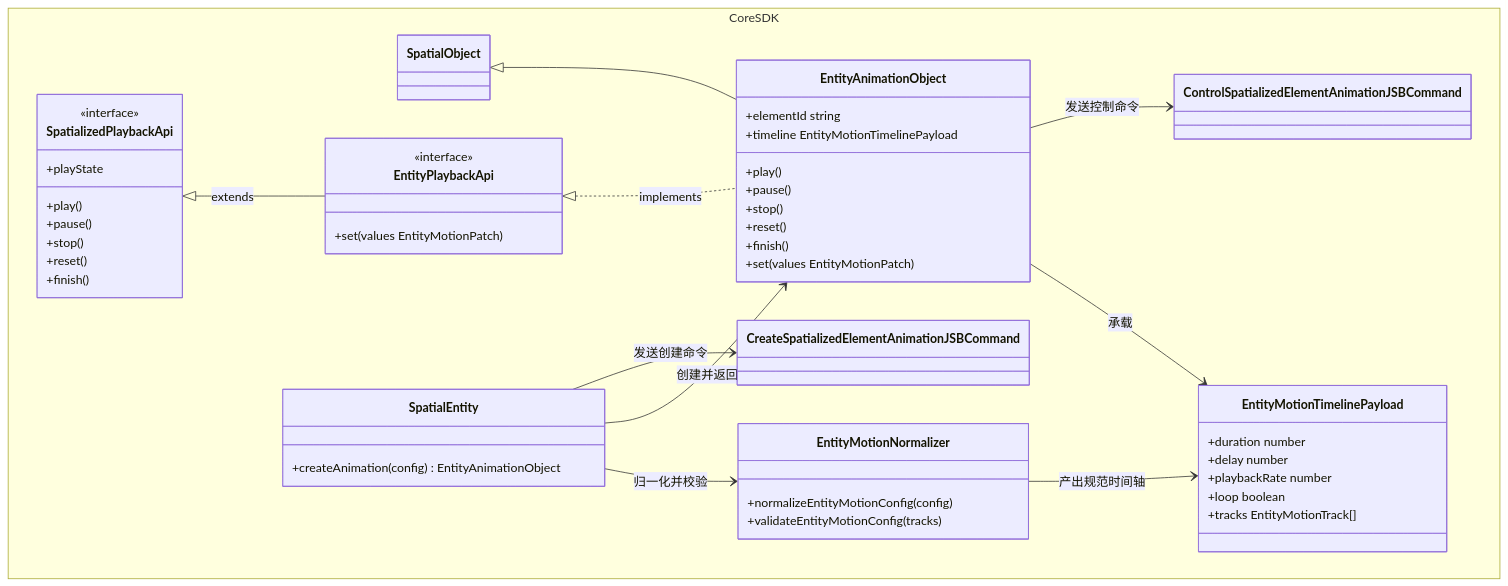
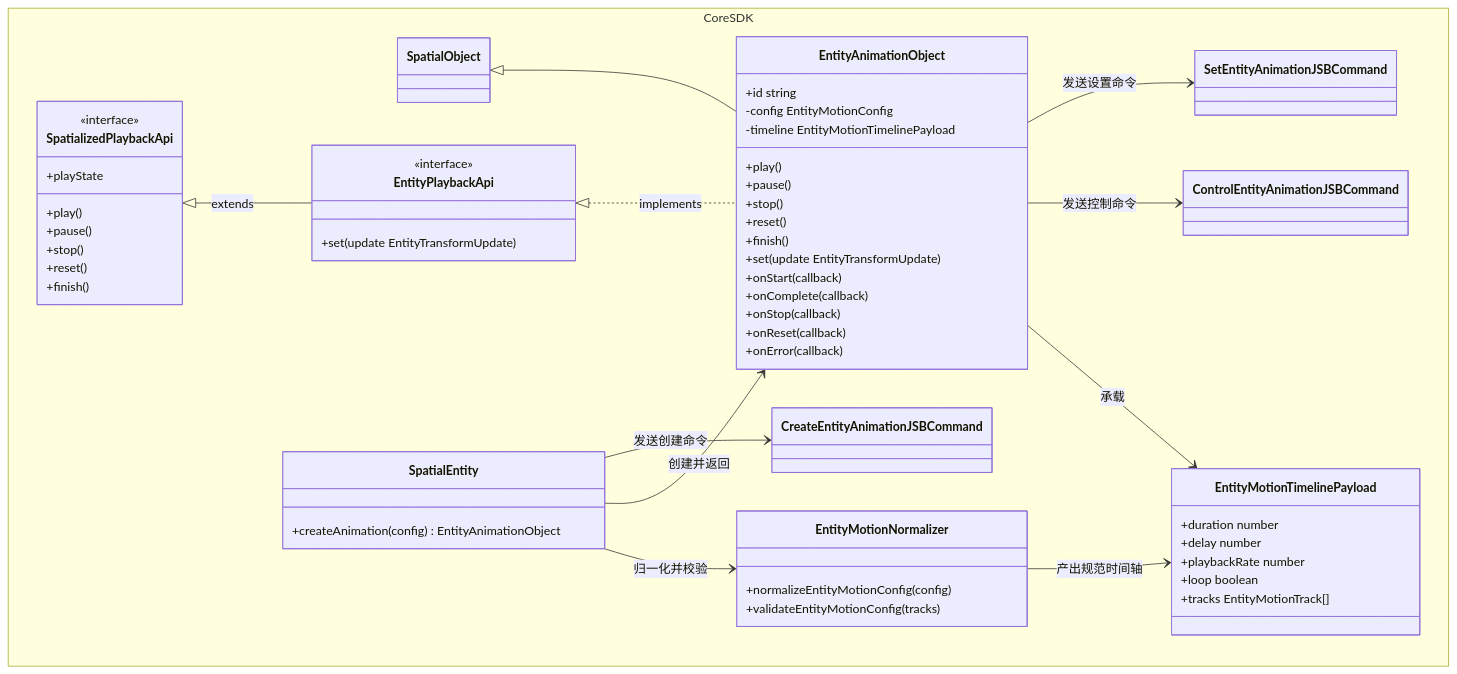
The sixth of 14 diagrams in openspec/changes/redesign-entity-motion-api/design.zh.md (webspatial/webspatial-sdk), drawn with Mermaid before and after one commit. The commit also changed other lines of this file and 7 other files, not shown here.

````diff
--- a/openspec/changes/redesign-entity-motion-api/design.zh.md
+++ b/openspec/changes/redesign-entity-motion-api/design.zh.md
@@ -500,54 +520,62 @@
 ```mermaid
 classDiagram
     namespace CoreSDK {
         class SpatialObject
         class SpatializedPlaybackApi {
             <<interface>>
             +play()
             +pause()
             +stop()
             +reset()
             +finish()
             +playState
         }
         class EntityPlaybackApi {
             <<interface>>
-            +set(values EntityMotionPatch)
+            +set(update EntityTransformUpdate)
         }
         class SpatialEntity {
             +createAnimation(config) EntityAnimationObject
         }
         class EntityMotionNormalizer {
             +normalizeEntityMotionConfig(config)
             +validateEntityMotionConfig(tracks)
         }
         class EntityMotionTimelinePayload {
             +duration number
             +delay number
             +playbackRate number
             +loop boolean
             +tracks EntityMotionTrack[]
         }
         class EntityAnimationObject {
-            +elementId string
-            +timeline EntityMotionTimelinePayload
+            +id string
+            -config EntityMotionConfig
+            -timeline EntityMotionTimelinePayload
             +play()
             +pause()
             +stop()
             +reset()
             +finish()
-            +set(values EntityMotionPatch)
+            +set(update EntityTransformUpdate)
+            +onStart(callback)
+            +onComplete(callback)
+            +onStop(callback)
+            +onReset(callback)
+            +onError(callback)
         }
-        class CreateSpatializedElementAnimationJSBCommand
-        class ControlSpatializedElementAnimationJSBCommand
+        class CreateEntityAnimationJSBCommand
+        class ControlEntityAnimationJSBCommand
+        class SetEntityAnimationJSBCommand
     }
     SpatializedPlaybackApi <|-- EntityPlaybackApi : extends
     SpatialObject <|-- EntityAnimationObject
     EntityPlaybackApi <|.. EntityAnimationObject : implements
     SpatialEntity --> EntityMotionNormalizer : 归一化并校验
     EntityMotionNormalizer --> EntityMotionTimelinePayload : 产出规范时间轴
     SpatialEntity --> EntityAnimationObject : 创建并返回
     EntityAnimationObject --> EntityMotionTimelinePayload : 承载
-    SpatialEntity --> CreateSpatializedElementAnimationJSBCommand : 发送创建命令
-    EntityAnimationObject --> ControlSpatializedElementAnimationJSBCommand : 发送控制命令
+    SpatialEntity --> CreateEntityAnimationJSBCommand : 发送创建命令
+    EntityAnimationObject --> ControlEntityAnimationJSBCommand : 发送控制命令
+    EntityAnimationObject --> SetEntityAnimationJSBCommand : 发送设置命令
 ```
````
